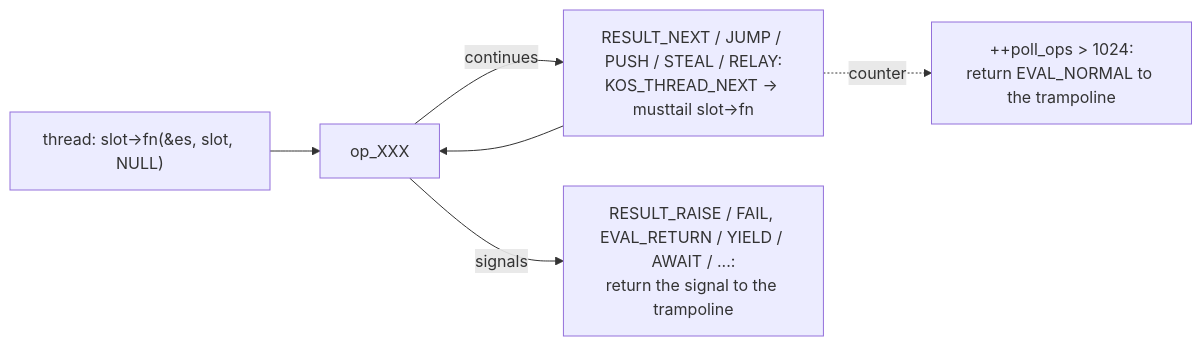
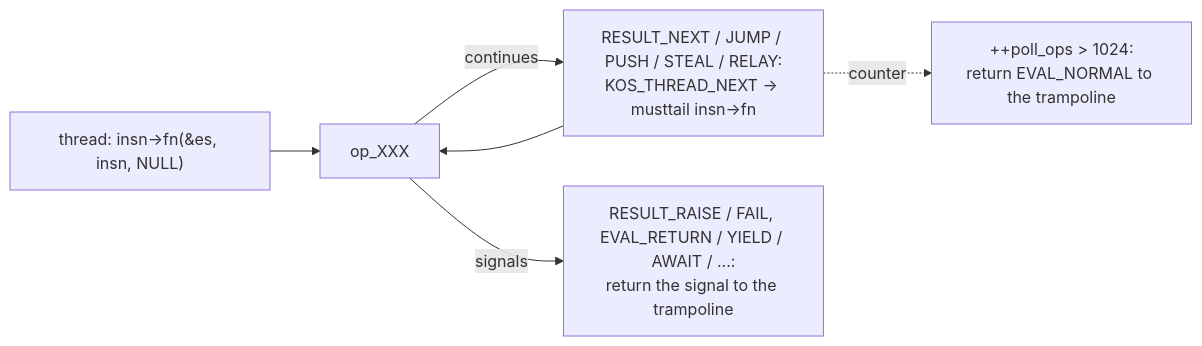
The sixth of 11 diagrams in design/EVALUATOR.md (koskari-lang/koskari), drawn with Mermaid before and after one commit. The commit also changed other lines of this file and 18 other files, not shown here.

````diff
--- a/design/EVALUATOR.md
+++ b/design/EVALUATOR.md
@@ -431,13 +432,13 @@
 ```mermaid
 flowchart LR
-    thread["thread: slot->fn(&es, slot, NULL)"]
+    thread["thread: insn->fn(&es, insn, NULL)"]
     handler["op_XXX"]
-    next["RESULT_NEXT / JUMP / PUSH / STEAL / RELAY:<br/>KOS_THREAD_NEXT → musttail slot->fn"]
+    next["RESULT_NEXT / JUMP / PUSH / STEAL / RELAY:<br/>KOS_THREAD_NEXT → musttail insn->fn"]
     trip["++poll_ops > 1024:<br/>return EVAL_NORMAL to the trampoline"]
     signal["RESULT_RAISE / FAIL, EVAL_RETURN / YIELD / AWAIT / ...:<br/>return the signal to the trampoline"]
 
     thread --> handler
     handler -->|continues| next --> handler
     next -.->|counter| trip
     handler -->|signals| signal
 ```
````
